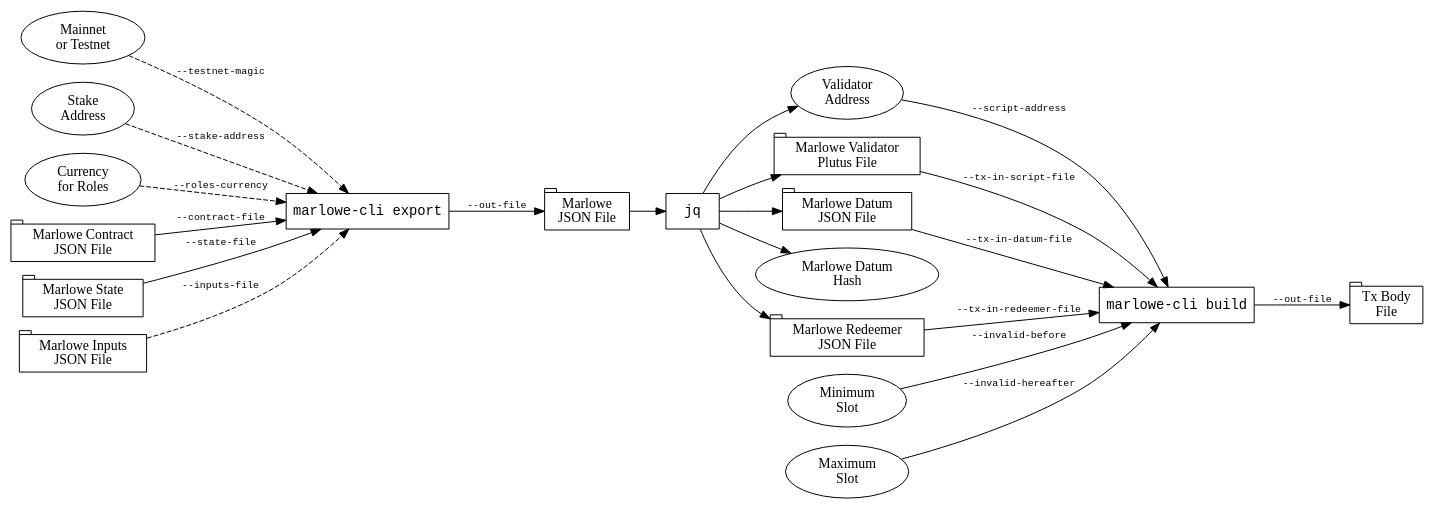
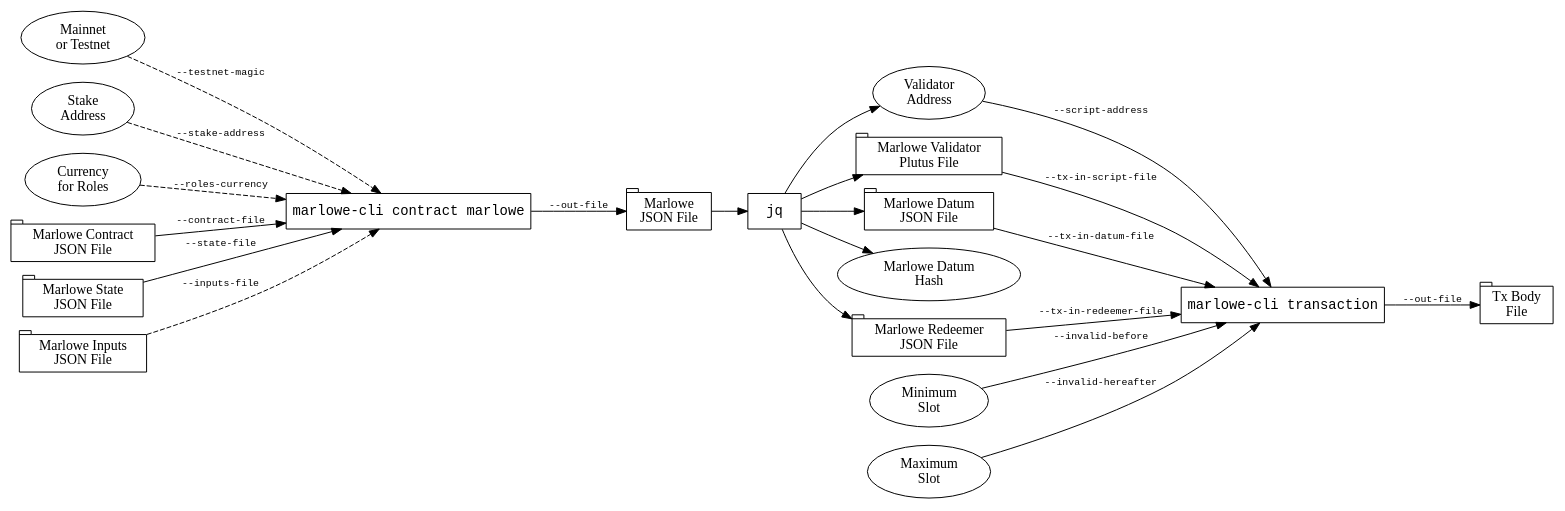
One commit to input-output-hk/marlowe-cardano changed the diagram in marlowe-cli/doc/diagrams/workflow-jq.dot. Above: the diagram before and after it, drawn with Graphviz. The commit also changed 21 other files, not shown here.

```diff
--- a/marlowe-cli/doc/diagrams/workflow-jq.dot
+++ b/marlowe-cli/doc/diagrams/workflow-jq.dot
@@ -1,65 +1,65 @@
 digraph {
 
 rankdir=LR
 
 
 Network       [label="Mainnet\nor Testnet"]
 StakeAddress  [label="Stake\nAddress"     ]
 RolesCurrency [label="Currency\nfor Roles"]
 
 ContractFile  [label="Marlowe Contract\nJSON File", shape=tab]
 StateFile     [label="Marlowe State\nJSON File"   , shape=tab]
 
 InputsFile    [label="Marlowe Inputs\nJSON File", shape=tab]
 MinSlot       [label="Minimum\nSlot"]
 MaxSlot       [label="Maximum\nSlot"]
 
 
-ExportCommand [label="marlowe-cli export", shape=box, fontname=monospace]
+ExportCommand [label="marlowe-cli contract marlowe", shape=box, fontname=monospace]
 
 Network       -> ExportCommand [label="--testnet-magic"    , fontname=monospace, fontsize=10, style=dashed]
 StakeAddress  -> ExportCommand [label="--stake-address"    , fontname=monospace, fontsize=10, style=dashed]
 RolesCurrency -> ExportCommand [label="--roles-currency"   , fontname=monospace, fontsize=10, style=dashed]
 ContractFile  -> ExportCommand [label="--contract-file"    , fontname=monospace, fontsize=10]
 StateFile     -> ExportCommand [label="--state-file"       , fontname=monospace, fontsize=10]
 InputsFile    -> ExportCommand [label="--inputs-file"      , fontname=monospace, fontsize=10, style=dashed]
 
 
 MarloweFile [label="Marlowe\nJSON File", shape=tab]
 
 ExportCommand -> MarloweFile [label="--out-file", fontname=monospace, fontsize=10]
 
 
 JQ [label="jq", shape=box, fontname=monospace]
 
 MarloweFile -> JQ
 
 
 ValidatorAddress [label="Validator\nAddress"                       ]
 ValidatorFile    [label="Marlowe Validator\nPlutus File", shape=tab]
 DatumFile        [label="Marlowe Datum\nJSON File"      , shape=tab]
 DatumHash        [label="Marlowe Datum\nHash"                      ]
 RedeemerFile     [label="Marlowe Redeemer\nJSON File"   , shape=tab]
 
 JQ -> ValidatorAddress
 JQ -> ValidatorFile
 JQ -> DatumFile
 JQ -> DatumHash
 JQ -> RedeemerFile
 
 
-CardanoCLI [label="marlowe-cli build", shape=box, fontname=monospace]
+CardanoCLI [label="marlowe-cli transaction", shape=box, fontname=monospace]
 
 ValidatorAddress -> CardanoCLI [label="--script-address"     , fontname=monospace, fontsize=10]
 ValidatorFile    -> CardanoCLI [label="--tx-in-script-file"  , fontname=monospace, fontsize=10]
 DatumFile        -> CardanoCLI [label="--tx-in-datum-file"   , fontname=monospace, fontsize=10]
 RedeemerFile     -> CardanoCLI [label="--tx-in-redeemer-file", fontname=monospace, fontsize=10]
 MinSlot          -> CardanoCLI [label="--invalid-before"     , fontname=monospace, fontsize=10]
 MaxSlot          -> CardanoCLI [label="--invalid-hereafter"  , fontname=monospace, fontsize=10]
 
 
 TxBodyFile [label="Tx Body\nFile", shape=tab]
 
 CardanoCLI -> TxBodyFile [label="--out-file", fontname=monospace, fontsize=10]
 
 }
```
